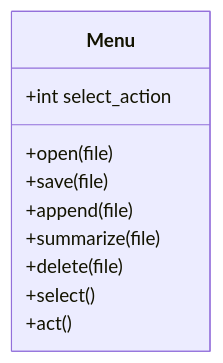
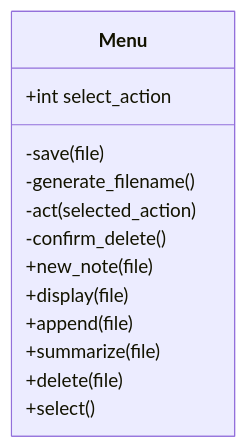
Before and after one commit to t-drape/SE300_Secure_Notes_App: the diagram in LLD_Diagrams/Menu Class Diagram.md, drawn with Mermaid.

Commit message:
Refactor Menu class diagram access modifiers
Removed public access modifier from 'save' and 'act' methods, and added private methods for filename generation and action confirmation.

````diff
--- a/LLD_Diagrams/Menu Class Diagram.md
+++ b/LLD_Diagrams/Menu Class Diagram.md
@@ -1,13 +1,16 @@
 ```mermaid
 classDiagram
     class Menu {
         +int select_action
-        +open(file)
-        +save(file)
+        -save(file)
+        -generate_filename()
+        -act(selected_action)
+        -confirm_delete()
+        +new_note(file)
+        +display(file)
         +append(file)
         +summarize(file)
         +delete(file)
         +select()
-        +act()
     }
 ```
````
